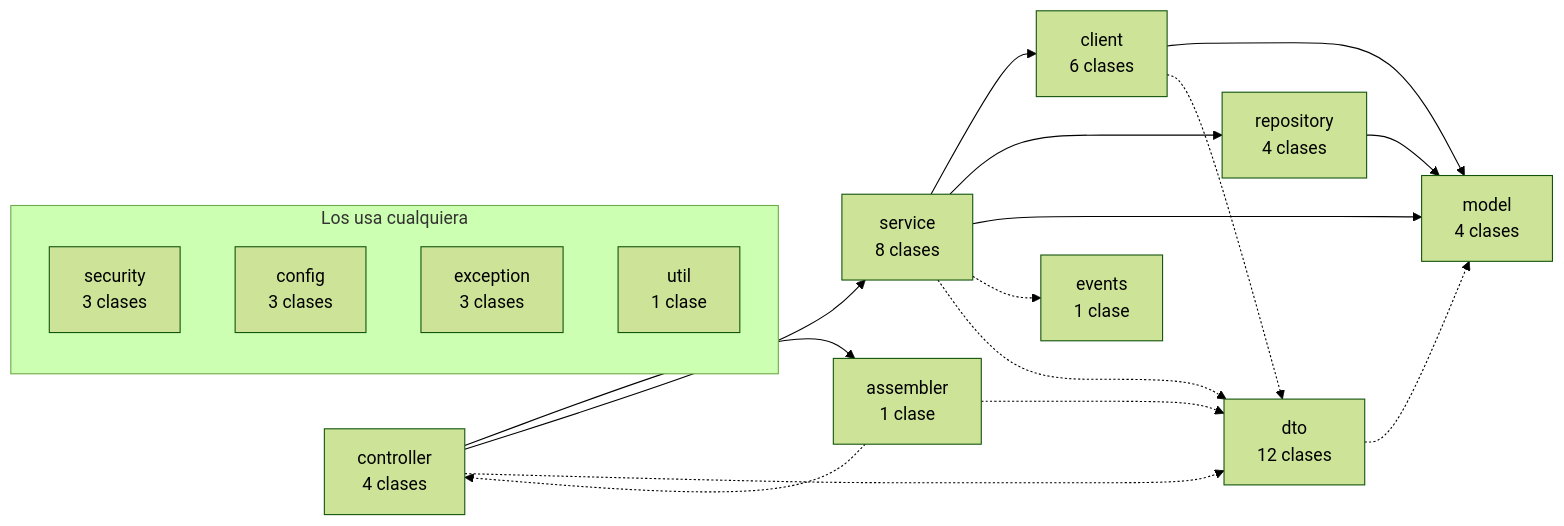
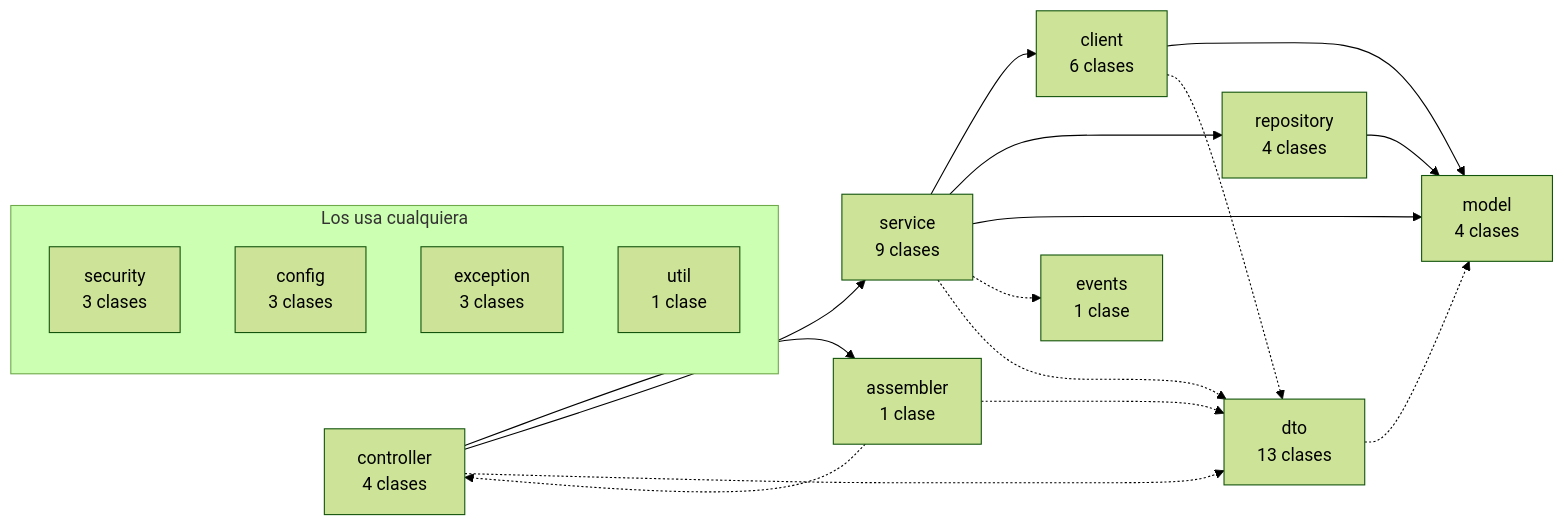
Before and after one commit to TechnicalBridge/DataBridge: the fourth of 8 diagrams in docs/diagramas/componentes.md, drawn with Mermaid (forest theme). The commit also changed other lines of this file and 29 other files, not shown here.

````diff
--- a/docs/diagramas/componentes.md
+++ b/docs/diagramas/componentes.md
@@ -203,32 +203,32 @@
 ```mermaid
 flowchart LR
     controller["controller<br/>4 clases"]
     assembler["assembler<br/>1 clase"]
-    service["service<br/>8 clases"]
+    service["service<br/>9 clases"]
     client["client<br/>6 clases"]
     repository["repository<br/>4 clases"]
     model["model<br/>4 clases"]
     events["events<br/>1 clase"]
-    dto["dto<br/>12 clases"]
+    dto["dto<br/>13 clases"]
     subgraph TRANSVERSAL["Los usa cualquiera"]
         direction TB
         security["security<br/>3 clases"]
         config["config<br/>3 clases"]
         exception["exception<br/>3 clases"]
         util["util<br/>1 clase"]
     end
     controller --> assembler
     controller --> service
     controller -.-> dto
     assembler -.-> controller
     assembler -.-> dto
     service --> client
     service --> repository
     service --> model
     service -.-> events
     service -.-> dto
     client --> model
     client -.-> dto
     repository --> model
     dto -.-> model
 ```
````
